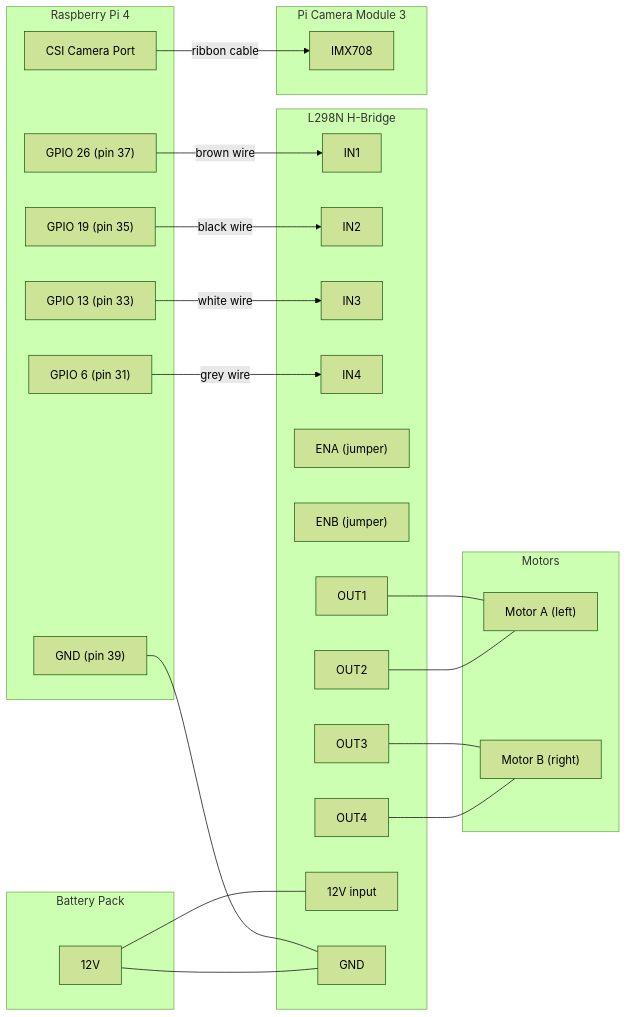
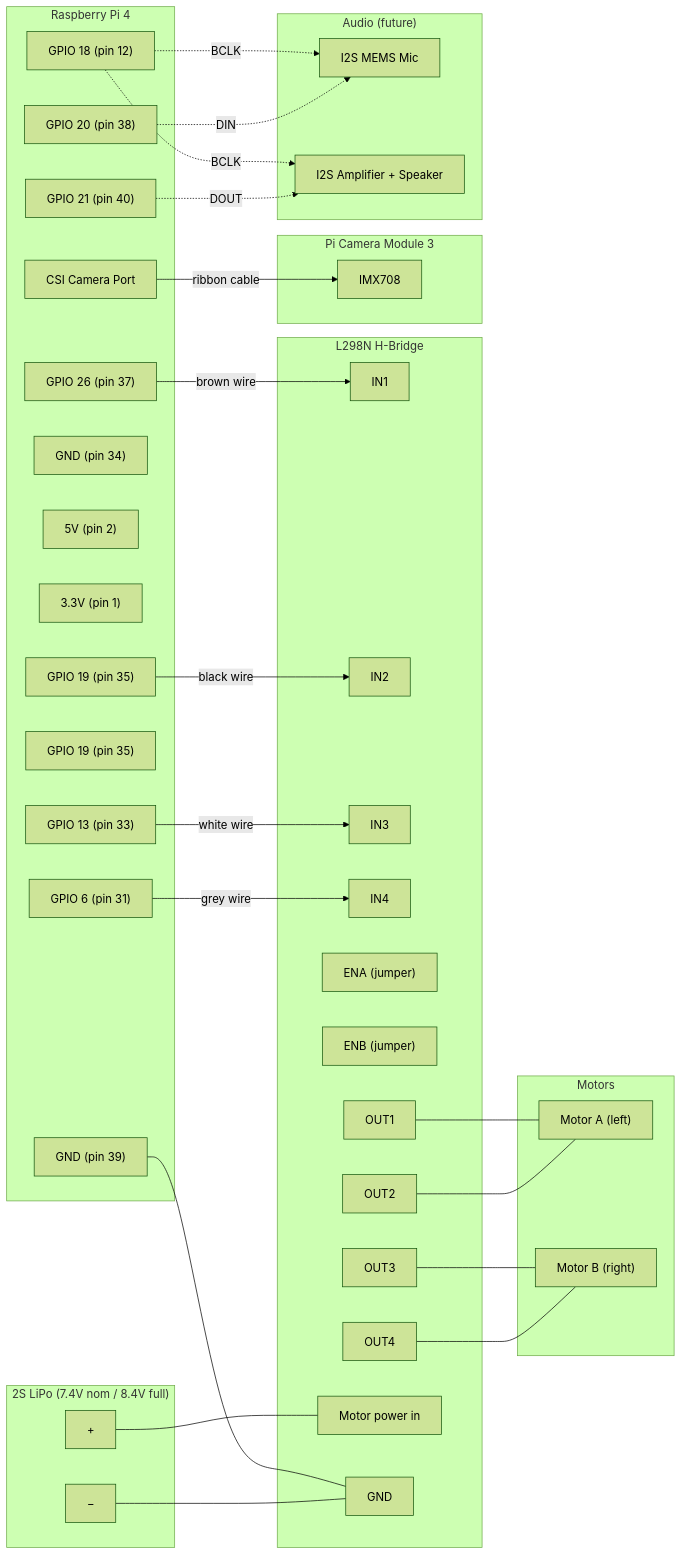
Before and after one commit to sankao/robothector: the diagram in pinout.md, drawn with Mermaid (forest theme). The commit also changed other lines of this file, not shown here.

First line of the commit message:
Update pinout doc: 2S battery, full GPIO header, audio planning

````diff
--- a/pinout.md
+++ b/pinout.md
@@ -5,55 +5,73 @@
 ```mermaid
 graph LR
     subgraph Pi["Raspberry Pi 4"]
         GPIO26["GPIO 26 (pin 37)"]
         GPIO19["GPIO 19 (pin 35)"]
         GPIO13["GPIO 13 (pin 33)"]
         GPIO6["GPIO 6 (pin 31)"]
-        GND["GND (pin 39)"]
+        GND39["GND (pin 39)"]
+        GND34["GND (pin 34)"]
+        P5V["5V (pin 2)"]
+        P3V["3.3V (pin 1)"]
+        GPIO18["GPIO 18 (pin 12)"]
+        GPIO19_I2S["GPIO 19 (pin 35)"]
+        GPIO20["GPIO 20 (pin 38)"]
+        GPIO21["GPIO 21 (pin 40)"]
         CAM["CSI Camera Port"]
     end
 
     subgraph L298N["L298N H-Bridge"]
         IN1["IN1"]
         IN2["IN2"]
         IN3["IN3"]
         IN4["IN4"]
         ENA["ENA (jumper)"]
         ENB["ENB (jumper)"]
         OUTA1["OUT1"]
         OUTA2["OUT2"]
         OUTB1["OUT3"]
         OUTB2["OUT4"]
-        VIN["12V input"]
+        VIN["Motor power in"]
         LGND["GND"]
     end
 
     subgraph Motors
         MA["Motor A (left)"]
         MB["Motor B (right)"]
     end
 
-    subgraph Battery["Battery Pack"]
-        BATT["12V"]
+    subgraph Battery["2S LiPo (7.4V nom / 8.4V full)"]
+        BPLUS["+"]
+        BMINUS["−"]
     end
 
     subgraph Camera["Pi Camera Module 3"]
         IMX["IMX708"]
     end
 
+    subgraph Audio["Audio (future)"]
+        MIC["I2S MEMS Mic"]
+        AMP["I2S Amplifier + Speaker"]
+    end
+
     GPIO26 -- "brown wire" --> IN1
     GPIO19 -- "black wire" --> IN2
     GPIO13 -- "white wire" --> IN3
     GPIO6  -- "grey wire" --> IN4
-    GND --- LGND
+    GND39 --- LGND
 
     OUTA1 --- MA
     OUTA2 --- MA
     OUTB1 --- MB
     OUTB2 --- MB
 
-    BATT --- VIN
-    BATT --- LGND
+    BPLUS --- VIN
+    BMINUS --- LGND
 
     CAM -- "ribbon cable" --> IMX
+
+    GPIO18 -. "BCLK" .-> MIC
+    GPIO18 -. "BCLK" .-> AMP
+    GPIO20 -. "DIN" .-> MIC
+    GPIO21 -. "DOUT" .-> AMP
 ```
````
